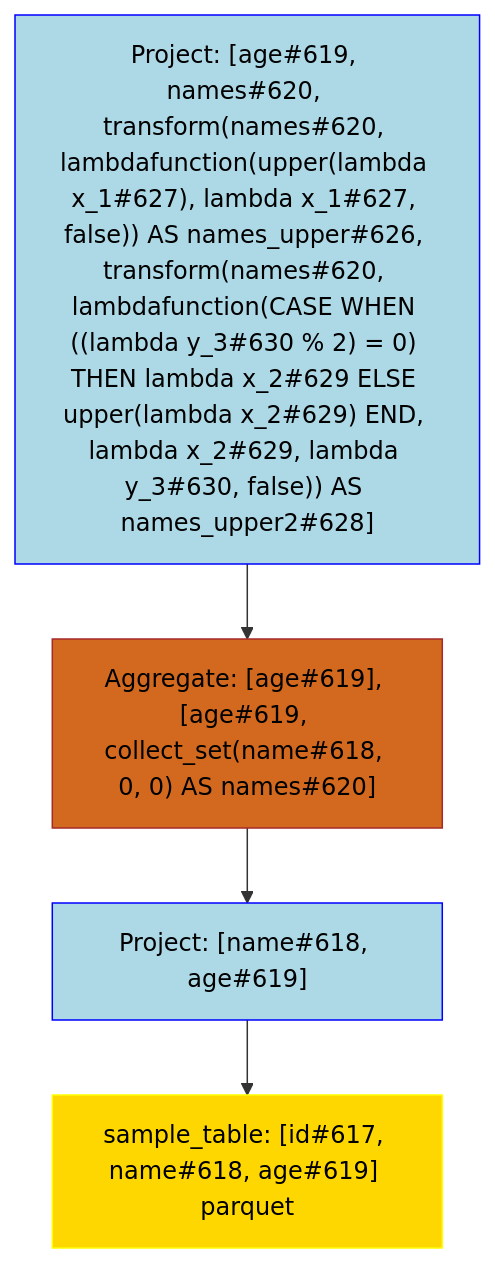
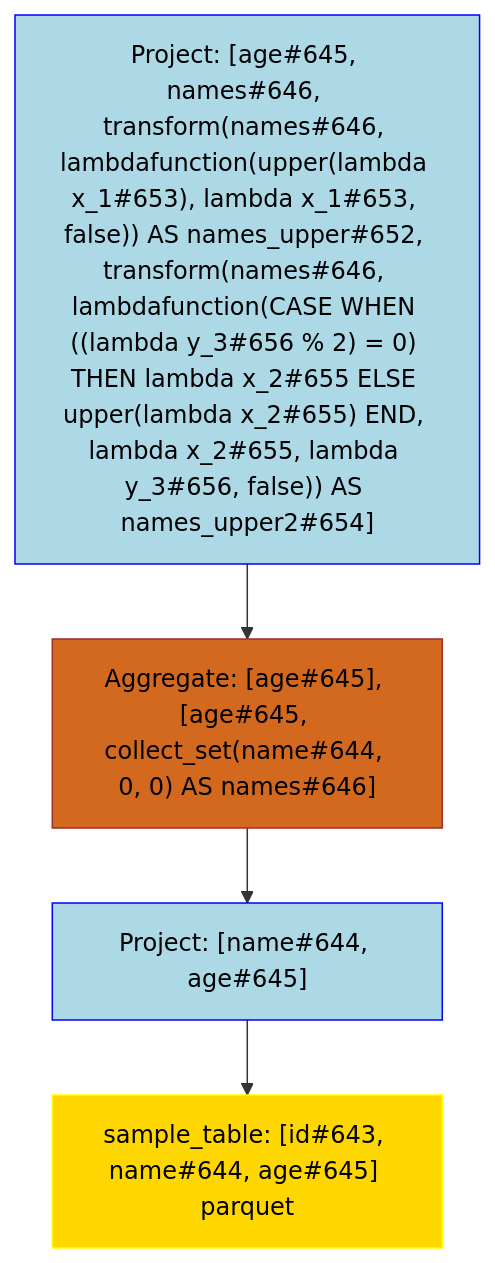
Before and after one commit to NielkNetraam/explainalyzed: the diagram in data/visualization/transform.mmd, drawn with Mermaid. The commit also changed 31 other files, not shown here.

```diff
--- a/data/visualization/transform.mmd
+++ b/data/visualization/transform.mmd
@@ -1,17 +1,17 @@
 flowchart TD
     classDef PROJECT stroke:Blue,fill:LightBlue,color:black
     classDef FILTER stroke:Green,fill:LightGreen,color:black
     classDef UNION stroke:Purple,fill:Violet,color:black
     classDef JOIN stroke:DarkOrange,fill:Orange,color:black
     classDef RELATION stroke:Yellow,fill:Gold,color:black
     classDef AGGREGATE stroke:Brown,fill:Chocolate,color:black
     classDef WINDOW stroke:Aqua,fill:Cyan,color:black
 
-    Project#00001["Project: [age#619, names#620, transform(names#620, lambdafunction(upper(lambda x_1#627), lambda x_1#627, false)) AS names_upper#626, transform(names#620, lambdafunction(CASE WHEN ((lambda y_3#630 % 2) = 0) THEN lambda x_2#629 ELSE upper(lambda x_2#629) END, lambda x_2#629, lambda y_3#630, false)) AS names_upper2#628]"]:::PROJECT
-    Aggregate#00002["Aggregate: [age#619], [age#619, collect_set(name#618, 0, 0) AS names#620]"]:::AGGREGATE
-    Project#00003["Project: [name#618, age#619]"]:::PROJECT
-    Relation#00004["sample_table: [id#617, name#618, age#619] parquet"]:::RELATION
+    Project#00001["Project: [age#645, names#646, transform(names#646, lambdafunction(upper(lambda x_1#653), lambda x_1#653, false)) AS names_upper#652, transform(names#646, lambdafunction(CASE WHEN ((lambda y_3#656 % 2) = 0) THEN lambda x_2#655 ELSE upper(lambda x_2#655) END, lambda x_2#655, lambda y_3#656, false)) AS names_upper2#654]"]:::PROJECT
+    Aggregate#00002["Aggregate: [age#645], [age#645, collect_set(name#644, 0, 0) AS names#646]"]:::AGGREGATE
+    Project#00003["Project: [name#644, age#645]"]:::PROJECT
+    Relation#00004["sample_table: [id#643, name#644, age#645] parquet"]:::RELATION
 
     Project#00001 --> Aggregate#00002
         Aggregate#00002 --> Project#00003
             Project#00003 --> Relation#00004
```
